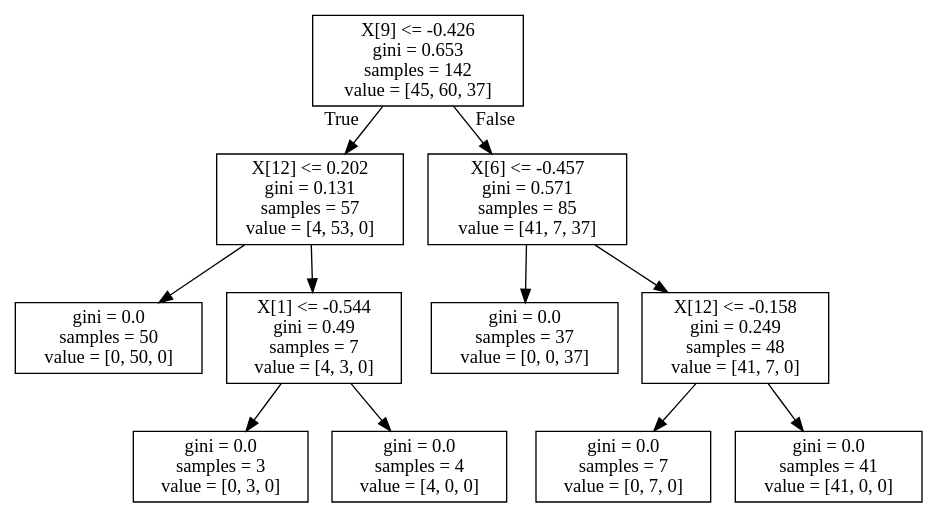
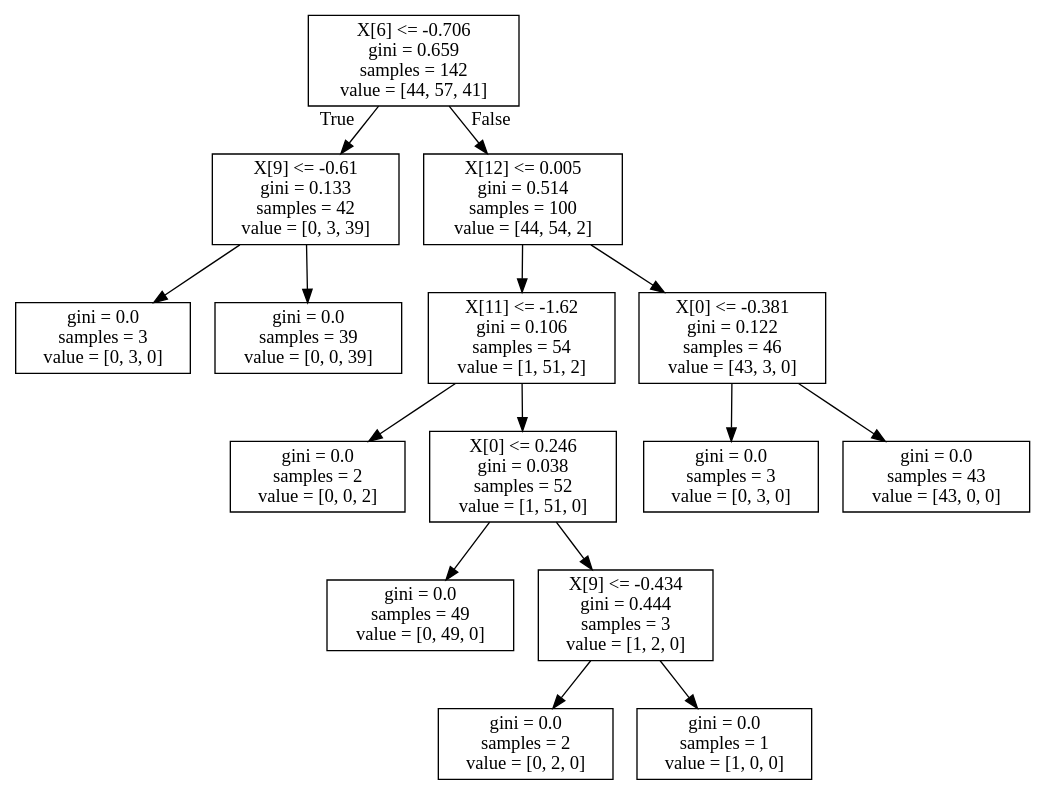
Before and after one commit to BrandonHT/Machine-learning-python: the diagram in DecisionTrees/arbol_vino.dot, drawn with Graphviz. The commit also changed 7 other files, not shown here.

```diff
--- a/DecisionTrees/arbol_vino.dot
+++ b/DecisionTrees/arbol_vino.dot
@@ -1,24 +1,32 @@
 digraph Tree {
 node [shape=box] ;
-0 [label="X[9] <= -0.426\ngini = 0.653\nsamples = 142\nvalue = [45, 60, 37]"] ;
-1 [label="X[12] <= 0.202\ngini = 0.131\nsamples = 57\nvalue = [4, 53, 0]"] ;
+0 [label="X[6] <= -0.706\ngini = 0.659\nsamples = 142\nvalue = [44, 57, 41]"] ;
+1 [label="X[9] <= -0.61\ngini = 0.133\nsamples = 42\nvalue = [0, 3, 39]"] ;
 0 -> 1 [labeldistance=2.5, labelangle=45, headlabel="True"] ;
-2 [label="gini = 0.0\nsamples = 50\nvalue = [0, 50, 0]"] ;
+2 [label="gini = 0.0\nsamples = 3\nvalue = [0, 3, 0]"] ;
 1 -> 2 ;
-3 [label="X[1] <= -0.544\ngini = 0.49\nsamples = 7\nvalue = [4, 3, 0]"] ;
+3 [label="gini = 0.0\nsamples = 39\nvalue = [0, 0, 39]"] ;
 1 -> 3 ;
-4 [label="gini = 0.0\nsamples = 3\nvalue = [0, 3, 0]"] ;
-3 -> 4 ;
-5 [label="gini = 0.0\nsamples = 4\nvalue = [4, 0, 0]"] ;
-3 -> 5 ;
-6 [label="X[6] <= -0.457\ngini = 0.571\nsamples = 85\nvalue = [41, 7, 37]"] ;
-0 -> 6 [labeldistance=2.5, labelangle=-45, headlabel="False"] ;
-7 [label="gini = 0.0\nsamples = 37\nvalue = [0, 0, 37]"] ;
-6 -> 7 ;
-8 [label="X[12] <= -0.158\ngini = 0.249\nsamples = 48\nvalue = [41, 7, 0]"] ;
-6 -> 8 ;
-9 [label="gini = 0.0\nsamples = 7\nvalue = [0, 7, 0]"] ;
-8 -> 9 ;
-10 [label="gini = 0.0\nsamples = 41\nvalue = [41, 0, 0]"] ;
-8 -> 10 ;
+4 [label="X[12] <= 0.005\ngini = 0.514\nsamples = 100\nvalue = [44, 54, 2]"] ;
+0 -> 4 [labeldistance=2.5, labelangle=-45, headlabel="False"] ;
+5 [label="X[11] <= -1.62\ngini = 0.106\nsamples = 54\nvalue = [1, 51, 2]"] ;
+4 -> 5 ;
+6 [label="gini = 0.0\nsamples = 2\nvalue = [0, 0, 2]"] ;
+5 -> 6 ;
+7 [label="X[0] <= 0.246\ngini = 0.038\nsamples = 52\nvalue = [1, 51, 0]"] ;
+5 -> 7 ;
+8 [label="gini = 0.0\nsamples = 49\nvalue = [0, 49, 0]"] ;
+7 -> 8 ;
+9 [label="X[9] <= -0.434\ngini = 0.444\nsamples = 3\nvalue = [1, 2, 0]"] ;
+7 -> 9 ;
+10 [label="gini = 0.0\nsamples = 2\nvalue = [0, 2, 0]"] ;
+9 -> 10 ;
+11 [label="gini = 0.0\nsamples = 1\nvalue = [1, 0, 0]"] ;
+9 -> 11 ;
+12 [label="X[0] <= -0.381\ngini = 0.122\nsamples = 46\nvalue = [43, 3, 0]"] ;
+4 -> 12 ;
+13 [label="gini = 0.0\nsamples = 3\nvalue = [0, 3, 0]"] ;
+12 -> 13 ;
+14 [label="gini = 0.0\nsamples = 43\nvalue = [43, 0, 0]"] ;
+12 -> 14 ;
 }
```
